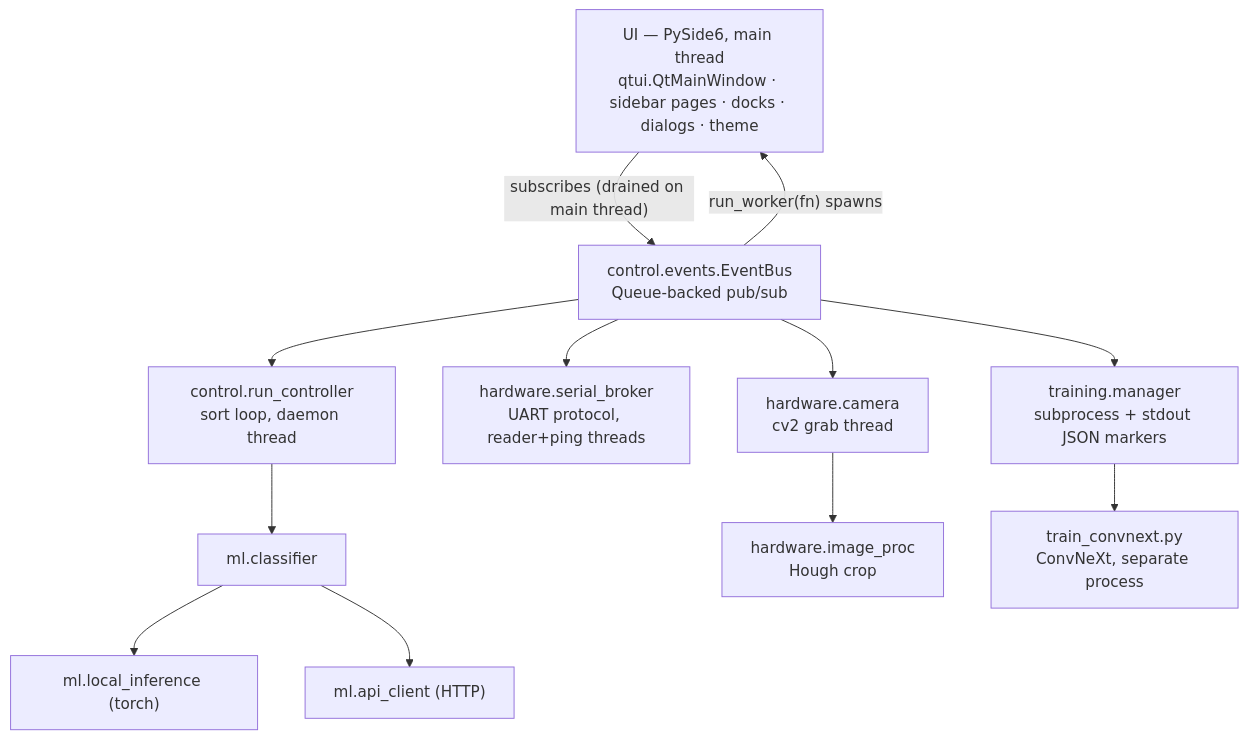
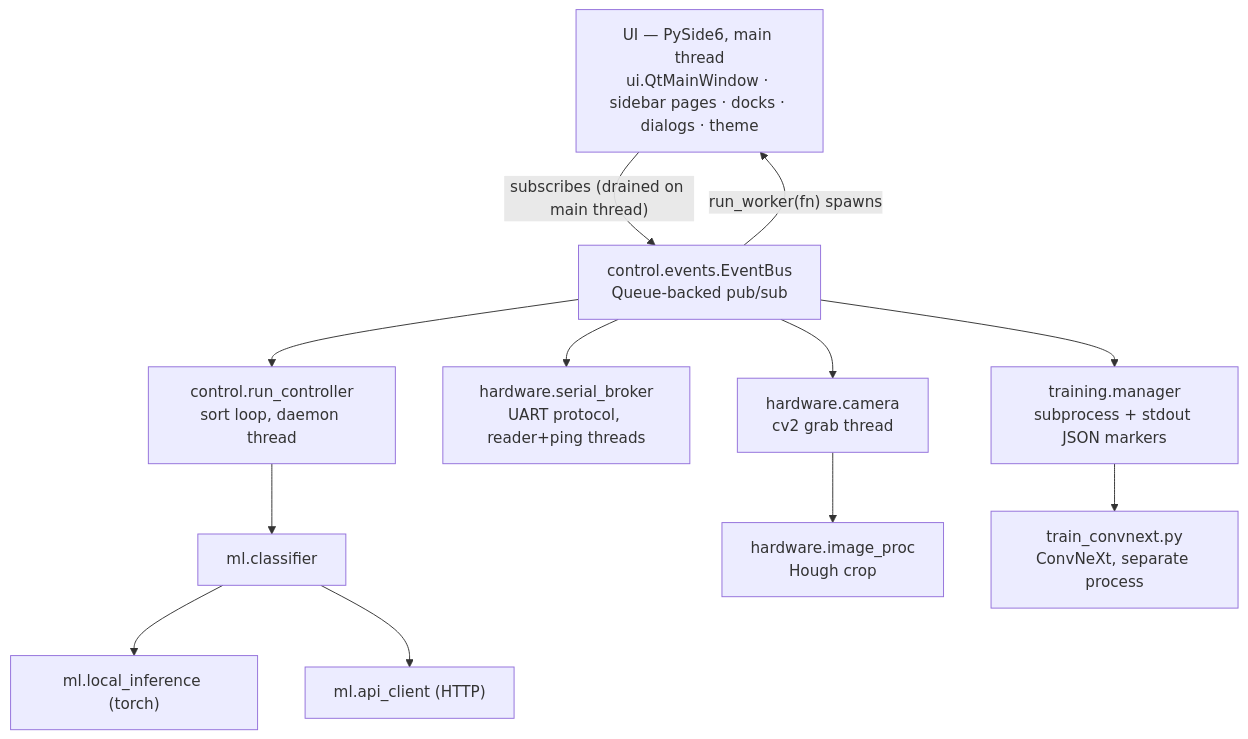
Before and after one commit to sjseth/AI-Case-Sorter-Py: the first of 2 diagrams in CLAUDE.md, drawn with Mermaid. The commit also changed other lines of this file and 135 other files, not shown here.

````diff
--- a/CLAUDE.md
+++ b/CLAUDE.md
@@ -166,21 +166,21 @@
 ```mermaid
 flowchart TB
-    UI["UI — PySide6, main thread<br/>qtui.QtMainWindow · sidebar pages · docks · dialogs · theme"]
+    UI["UI — PySide6, main thread<br/>ui.QtMainWindow · sidebar pages · docks · dialogs · theme"]
     Bus["control.events.EventBus<br/>Queue-backed pub/sub"]
 
     UI -- "subscribes (drained on main thread)" --> Bus
     Bus -- "run_worker(fn) spawns" --> UI
 
     Bus --> RC["control.run_controller<br/>sort loop, daemon thread"]
     Bus --> SB["hardware.serial_broker<br/>UART protocol, reader+ping threads"]
     Bus --> CAM["hardware.camera<br/>cv2 grab thread"]
     Bus --> TM["training.manager<br/>subprocess + stdout JSON markers"]
 
     RC --> CLF["ml.classifier"]
     CLF --> LI["ml.local_inference (torch)"]
     CLF --> API["ml.api_client (HTTP)"]
 
     CAM --> IP["hardware.image_proc<br/>Hough crop"]
 
     TM --> TC["train_convnext.py<br/>ConvNeXt, separate process"]
 ```
````
